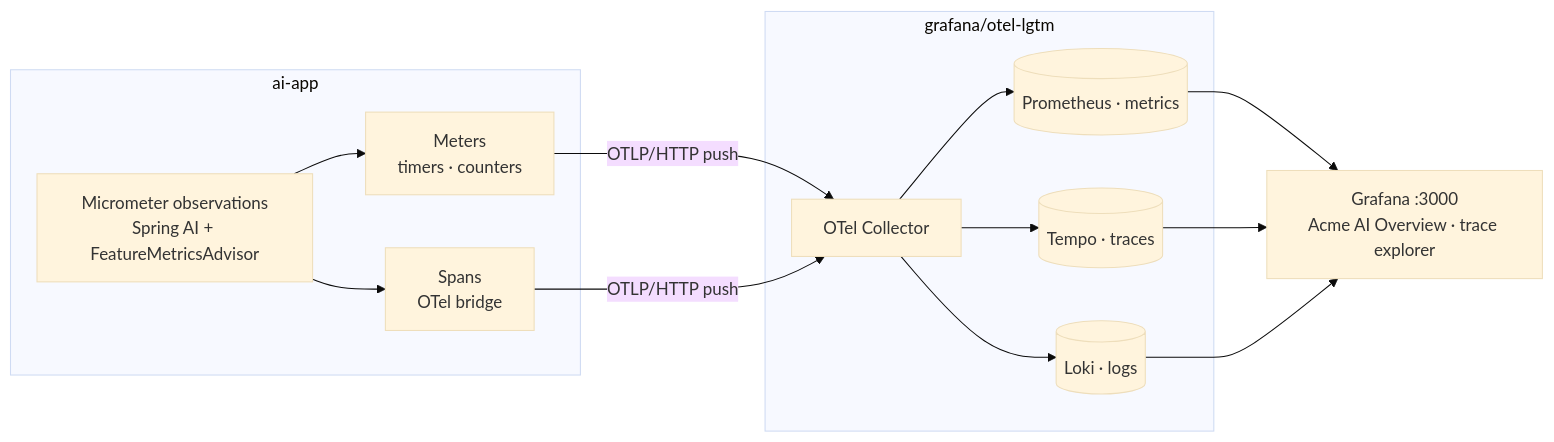
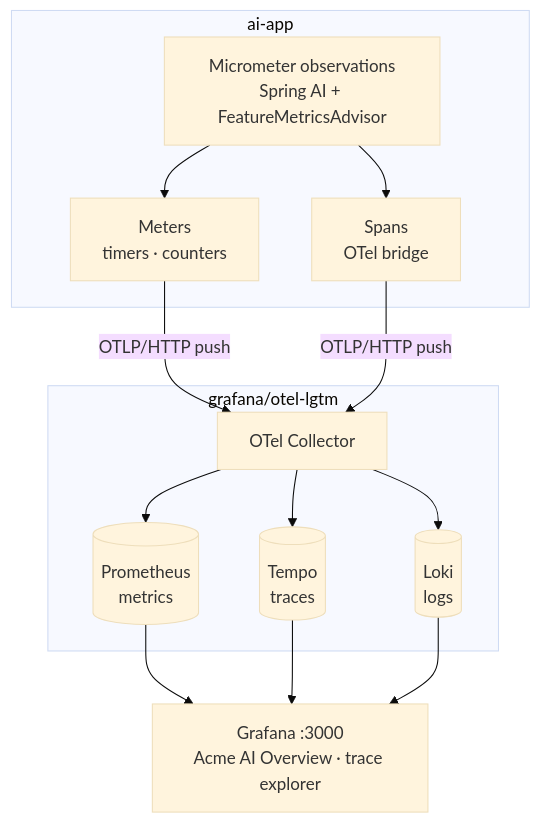
Before and after one commit to VimalKmr250/ai-concepts-demo: diagram 12 of 12 in docs/CONCEPTS.md, drawn with Mermaid (base theme). The commit also changed other lines of this file and 1 other file, not shown here.

First line of the commit message:
Make Mermaid diagrams readable on GitHub

````diff
--- a/docs/CONCEPTS.md
+++ b/docs/CONCEPTS.md
@@ -438,17 +434,17 @@
 ```mermaid
-flowchart LR
-    subgraph App["ai-app"]
-        O["Micrometer observations<br/>Spring AI + FeatureMetricsAdvisor"] --> MT["Meters<br/>timers · counters"]
-        O --> SP["Spans<br/>OTel bridge"]
-    end
-    MT -- "OTLP/HTTP push" --> C
-    SP -- "OTLP/HTTP push" --> C
-    subgraph LGTM["grafana/otel-lgtm"]
-        C["OTel Collector"] --> P[("Prometheus · metrics")]
-        C --> T[("Tempo · traces")]
-        C --> L[("Loki · logs")]
-    end
-    P --> GR["Grafana :3000<br/>Acme AI Overview · trace explorer"]
-    T --> GR
-    L --> GR
+flowchart TB
+  subgraph App["ai-app"]
+    O["Micrometer observations<br/>Spring AI + FeatureMetricsAdvisor"] --> MT["Meters<br/>timers · counters"]
+    O --> SP["Spans<br/>OTel bridge"]
+  end
+  MT -- "OTLP/HTTP push" --> C
+  SP -- "OTLP/HTTP push" --> C
+  subgraph LGTM["grafana/otel-lgtm"]
+    C["OTel Collector"] --> P[("Prometheus<br/>metrics")]
+    C --> T[("Tempo<br/>traces")]
+    C --> L[("Loki<br/>logs")]
+  end
+  P --> GR["Grafana :3000<br/>Acme AI Overview · trace explorer"]
+  T --> GR
+  L --> GR
 ```
````
